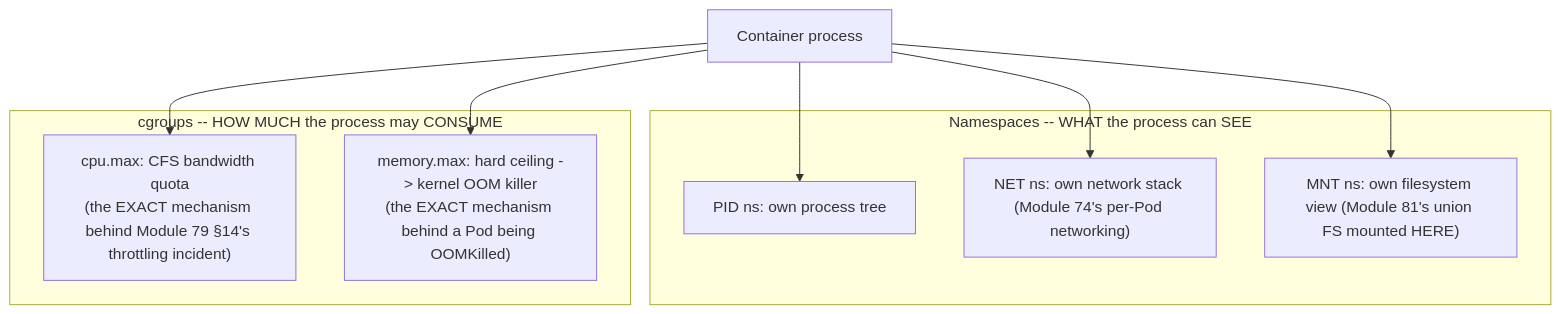
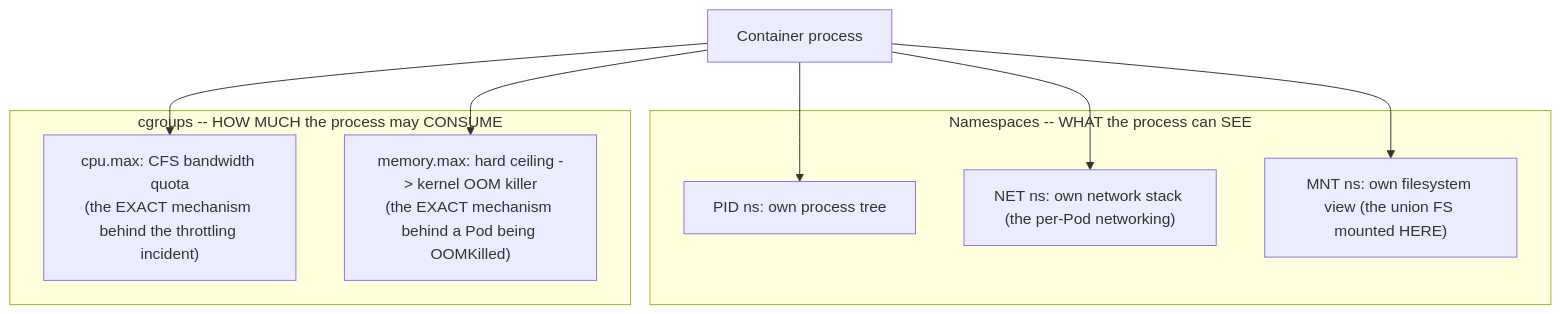
Before and after one commit to umashankarp/InterviewQuestions: the first of 4 diagrams in 24-Docker/03-Runtime-Internals-Namespaces-Cgroups-Seccomp.md, drawn with Mermaid. The commit also changed other lines of this file and 173 other files, not shown here.

````diff
--- a/24-Docker/03-Runtime-Internals-Namespaces-Cgroups-Seccomp.md
+++ b/24-Docker/03-Runtime-Internals-Namespaces-Cgroups-Seccomp.md
@@ -61,17 +61,17 @@
 ```mermaid
 graph TB
-    subgraph "Namespaces -- WHAT the process can SEE"
-        PID["PID ns: own process tree"]
-        NET["NET ns: own network stack (Module 74's per-Pod networking)"]
-        MNT["MNT ns: own filesystem view (Module 81's union FS mounted HERE)"]
-    end
-    subgraph "cgroups -- HOW MUCH the process may CONSUME"
-        CPU["cpu.max: CFS bandwidth quota<br/>(the EXACT mechanism behind Module 79 §14's throttling incident)"]
-        MEM["memory.max: hard ceiling -> kernel OOM killer<br/>(the EXACT mechanism behind a Pod being OOMKilled)"]
-    end
-    Process["Container process"] --> PID
-    Process --> NET
-    Process --> MNT
-    Process --> CPU
-    Process --> MEM
+ subgraph "Namespaces -- WHAT the process can SEE"
+ PID["PID ns: own process tree"]
+ NET["NET ns: own network stack (the per-Pod networking)"]
+ MNT["MNT ns: own filesystem view (the union FS mounted HERE)"]
+ end
+ subgraph "cgroups -- HOW MUCH the process may CONSUME"
+ CPU["cpu.max: CFS bandwidth quota<br/>(the EXACT mechanism behind the throttling incident)"]
+ MEM["memory.max: hard ceiling -> kernel OOM killer<br/>(the EXACT mechanism behind a Pod being OOMKilled)"]
+ end
+ Process["Container process"] --> PID
+ Process --> NET
+ Process --> MNT
+ Process --> CPU
+ Process --> MEM
 ```
````
